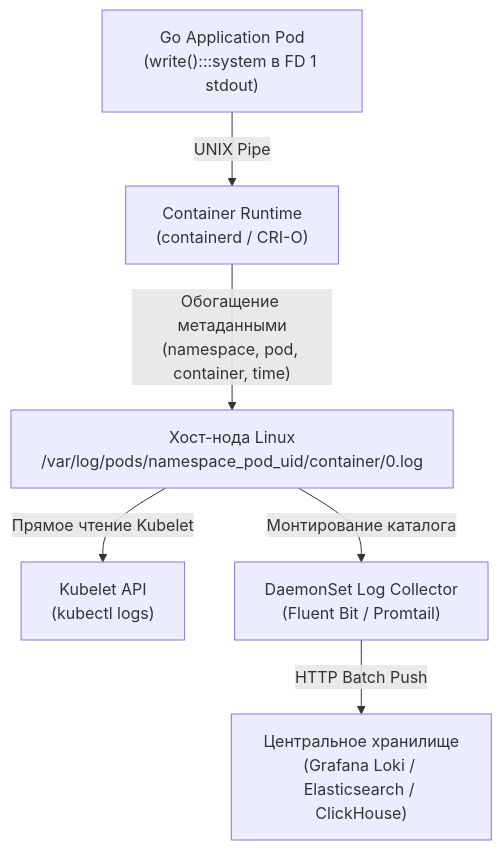
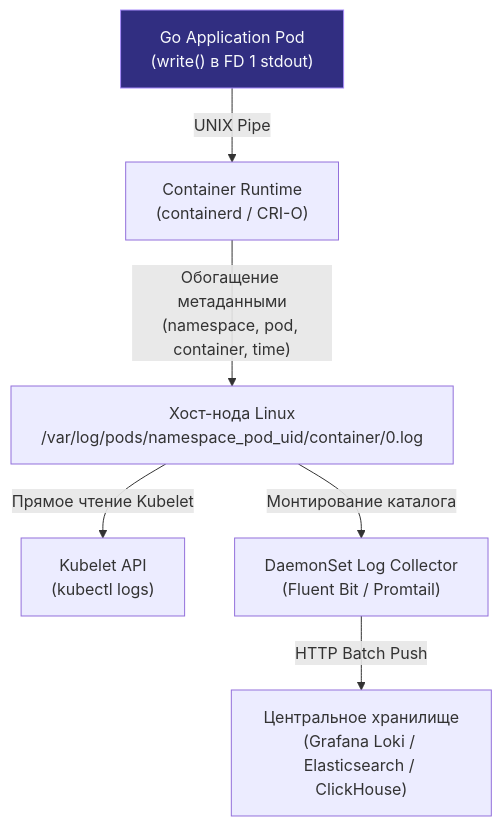
The first of 3 diagrams in sources/19. Инфраструктура. Linux, nginx, Docker, Kubernetes/05. Практика/5. Логи инфраструктуры.md (UnrealTemplier/go-textbook-ru), drawn with Mermaid before and after one commit. The commit also changed 40 other files, not shown here.

First line of the commit message:
fix(mermaid): move :::class out of 48 quoted node labels

````diff
--- a/sources/19. Инфраструктура. Linux, nginx, Docker, Kubernetes/05. Практика/5. Логи инфраструктуры.md
+++ b/sources/19. Инфраструктура. Linux, nginx, Docker, Kubernetes/05. Практика/5. Логи инфраструктуры.md
@@ -24,21 +24,21 @@
 ```mermaid
 flowchart TD
     classDef process  fill:#1e293b,stroke:#38bdf8,stroke-width:1px,color:#f8fafc
     classDef success  fill:#064e3b,stroke:#34d399,stroke-width:1px,color:#f8fafc
     classDef error    fill:#7f1d1d,stroke:#f87171,stroke-width:1px,color:#f8fafc
     classDef warning  fill:#78350f,stroke:#fbbf24,stroke-width:1px,color:#f8fafc
     classDef entry    fill:#1e3a5f,stroke:#38bdf8,stroke-width:2px,color:#f8fafc
     classDef aux      fill:#334155,stroke:#64748b,stroke-width:1px,color:#f8fafc
     classDef system   fill:#312e81,stroke:#a78bfa,stroke-width:1px,color:#f8fafc
     classDef data     fill:#132d29,stroke:#2dd4bf,stroke-width:1px,color:#f8fafc
     classDef network  fill:#881337,stroke:#fb7185,stroke-width:1px,color:#f8fafc
     classDef accent   fill:#1e1b4b,stroke:#818cf8,stroke-width:1px,color:#f8fafc
-    GoApp["Go Application Pod\n(write():::system в FD 1 stdout)"] -->|"UNIX Pipe"| CRI["Container Runtime\n(containerd / CRI-O)"]
+    GoApp["Go Application Pod\n(write() в FD 1 stdout)"]:::system -->|"UNIX Pipe"| CRI["Container Runtime\n(containerd / CRI-O)"]
     
     CRI -->|"Обогащение метаданными\n(namespace, pod, container, time)"| HostDisk["Хост-нода Linux\n/var/log/pods/namespace_pod_uid/container/0.log"]
     
     HostDisk -->|"Прямое чтение Kubelet"| Kubelet["Kubelet API\n(kubectl logs)"]
     HostDisk -->|"Монтирование каталога"| Collector["DaemonSet Log Collector\n(Fluent Bit / Promtail)"]
     
     Collector -->|"HTTP Batch Push"| LogStorage["Центральное хранилище\n(Grafana Loki / Elasticsearch / ClickHouse)"]
 ```
````
